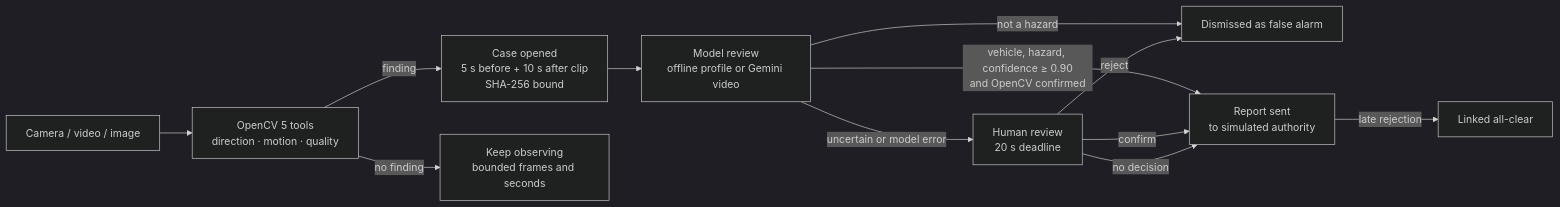
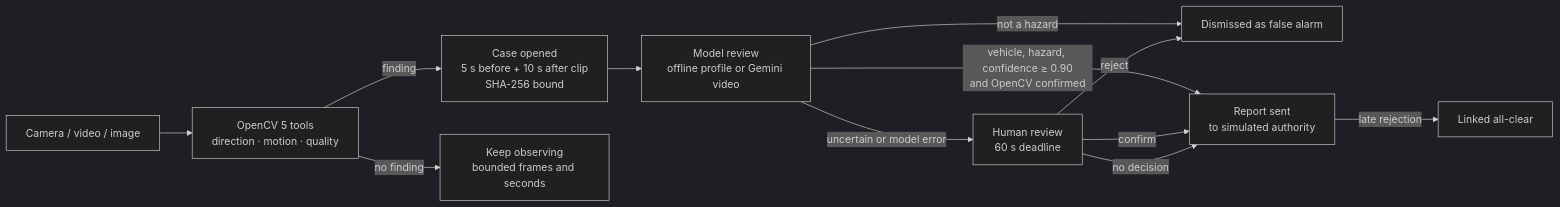
One commit to ellmos-ai/VisionFlow changed the diagram in README.md. Above: the diagram before and after it, drawn with Mermaid (dark theme). The commit also changed 22 other files, not shown here.

````diff
--- a/README.md
+++ b/README.md
@@ -36,14 +36,14 @@
 ```mermaid
 flowchart LR
     CAM[Camera / video / image] --> CV[OpenCV 5 tools<br/>direction · motion · quality]
     CV -->|finding| CASE[Case opened<br/>5 s before + 10 s after clip<br/>SHA-256 bound]
     CV -->|no finding| OBS[Keep observing<br/>bounded frames and seconds]
     CASE --> MODEL[Model review<br/>offline profile or Gemini video]
     MODEL -->|not a hazard| DISMISS[Dismissed as false alarm]
     MODEL -->|vehicle, hazard, confidence ≥ 0.90<br/>and OpenCV confirmed| REPORT[Report sent<br/>to simulated authority]
-    MODEL -->|uncertain or model error| HUMAN[Human review<br/>20 s deadline]
+    MODEL -->|uncertain or model error| HUMAN[Human review<br/>60 s deadline]
     HUMAN -->|confirm| REPORT
     HUMAN -->|reject| DISMISS
     HUMAN -->|no decision| REPORT
     REPORT -->|late rejection| CORR[Linked all-clear]
 ```
````
